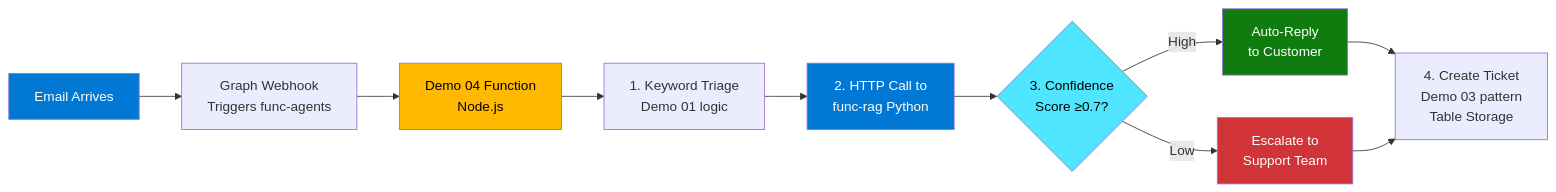
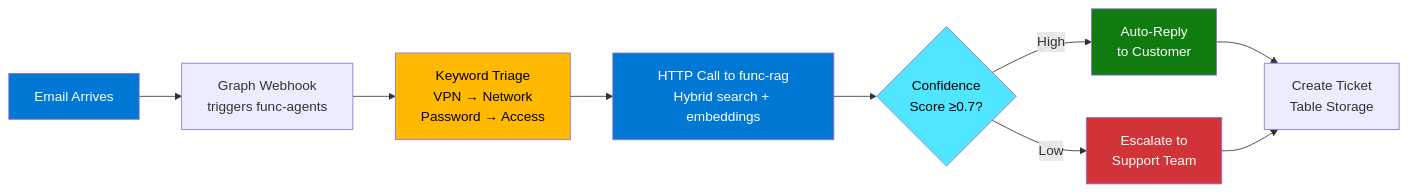
The diagram in README.md (LuiseFreese/espc25-smart-support-agent), drawn with Mermaid before and after one commit. The commit also changed other lines of this file and 4 other files, not shown here.

````diff
--- a/README.md
+++ b/README.md
@@ -331,24 +24,18 @@
 ```mermaid
 graph LR
-    A[Email Arrives] --> B[Graph Webhook<br/>Triggers func-agents]
-    
-    B --> C[Demo 04 Function<br/>Node.js]
-    
-    C --> D[1. Keyword Triage<br/>Demo 01 logic]
-    D --> E[2. HTTP Call to<br/>func-rag Python]
-    
-    E --> F{3. Confidence<br/>Score ≥0.7?}
-    
-    F -->|High| G[Auto-Reply<br/>to Customer]
-    F -->|Low| H[Escalate to<br/>Support Team]
-    
-    G --> I[4. Create Ticket<br/>Demo 03 pattern<br/>Table Storage]
-    H --> I
+    A[Email Arrives] --> B[Graph Webhook<br/>triggers func-agents]
+    B --> C[Keyword Triage<br/>VPN → Network<br/>Password → Access]
+    C --> D[HTTP Call to func-rag<br/>Hybrid search + embeddings]
+    D --> E{Confidence<br/>Score ≥0.7?}
+    E -->|High| F[Auto-Reply<br/>to Customer]
+    E -->|Low| G[Escalate to<br/>Support Team]
+    F --> H[Create Ticket<br/>Table Storage]
+    G --> H
     
     style A fill:#0078d4,color:#fff
     style C fill:#ffb900,color:#000
-    style E fill:#0078d4,color:#fff
-    style F fill:#50e6ff,color:#000
-    style G fill:#107c10,color:#fff
-    style H fill:#d13438,color:#fff
+    style D fill:#0078d4,color:#fff
+    style E fill:#50e6ff,color:#000
+    style F fill:#107c10,color:#fff
+    style G fill:#d13438,color:#fff
 ```
````
